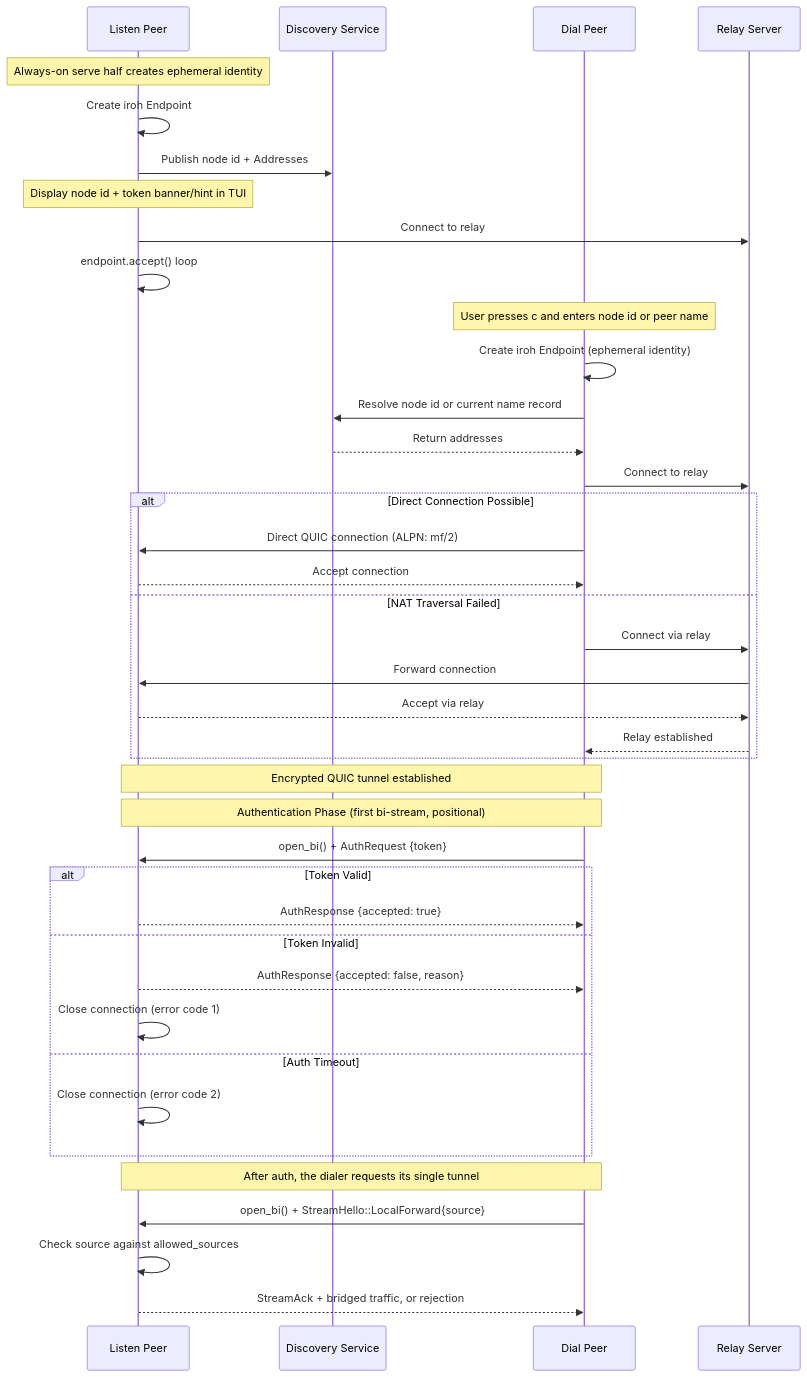
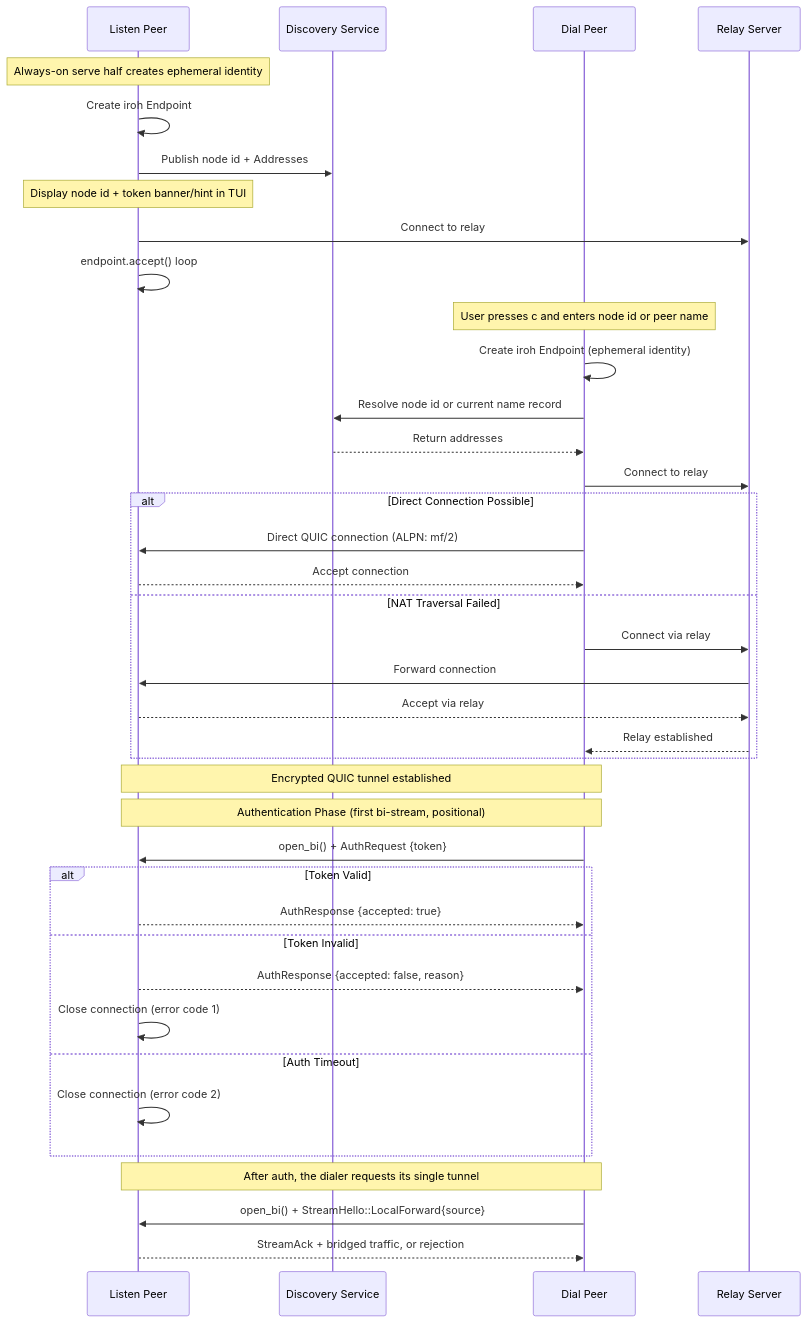
One commit to andrewtheguy/duopipe changed the sixth of 21 diagrams in docs/ARCHITECTURE.md. Above: the diagram before and after it, drawn with Mermaid. The commit also changed other lines of this file and 12 other files, not shown here.

````diff
--- a/docs/ARCHITECTURE.md
+++ b/docs/ARCHITECTURE.md
@@ -205,48 +204,47 @@
 ```mermaid
 sequenceDiagram
     participant L as Listen Peer
     participant SD as Discovery Service
     participant D as Dial Peer
     participant RS as Relay Server
 
     Note over L: Always-on serve half creates ephemeral identity
     L->>L: Create iroh Endpoint
     L->>SD: Publish node id + Addresses
     Note over L: Display node id + token banner/hint in TUI
     L->>RS: Connect to relay
     L->>L: endpoint.accept() loop
 
     Note over D: User presses c and enters node id or peer name
     D->>D: Create iroh Endpoint (ephemeral identity)
     D->>SD: Resolve node id or current name record
     SD-->>D: Return addresses
     D->>RS: Connect to relay
 
     alt Direct Connection Possible
         D->>L: Direct QUIC connection (ALPN: mf/2)
         L-->>D: Accept connection
     else NAT Traversal Failed
         D->>RS: Connect via relay
         RS->>L: Forward connection
         L-->>RS: Accept via relay
         RS-->>D: Relay established
     end
 
     Note over L,D: Encrypted QUIC tunnel established
 
     Note over D,L: Authentication Phase (first bi-stream, positional)
     D->>L: open_bi() + AuthRequest {token}
     alt Token Valid
         L-->>D: AuthResponse {accepted: true}
     else Token Invalid
         L-->>D: AuthResponse {accepted: false, reason}
         L->>L: Close connection (error code 1)
     else Auth Timeout
         L->>L: Close connection (error code 2)
     end
 
     Note over D,L: After auth, the dialer requests its single tunnel
     D->>L: open_bi() + StreamHello::LocalForward{source}
-    L->>L: Check source against allowed_sources
     L-->>D: StreamAck + bridged traffic, or rejection
 ```
````
